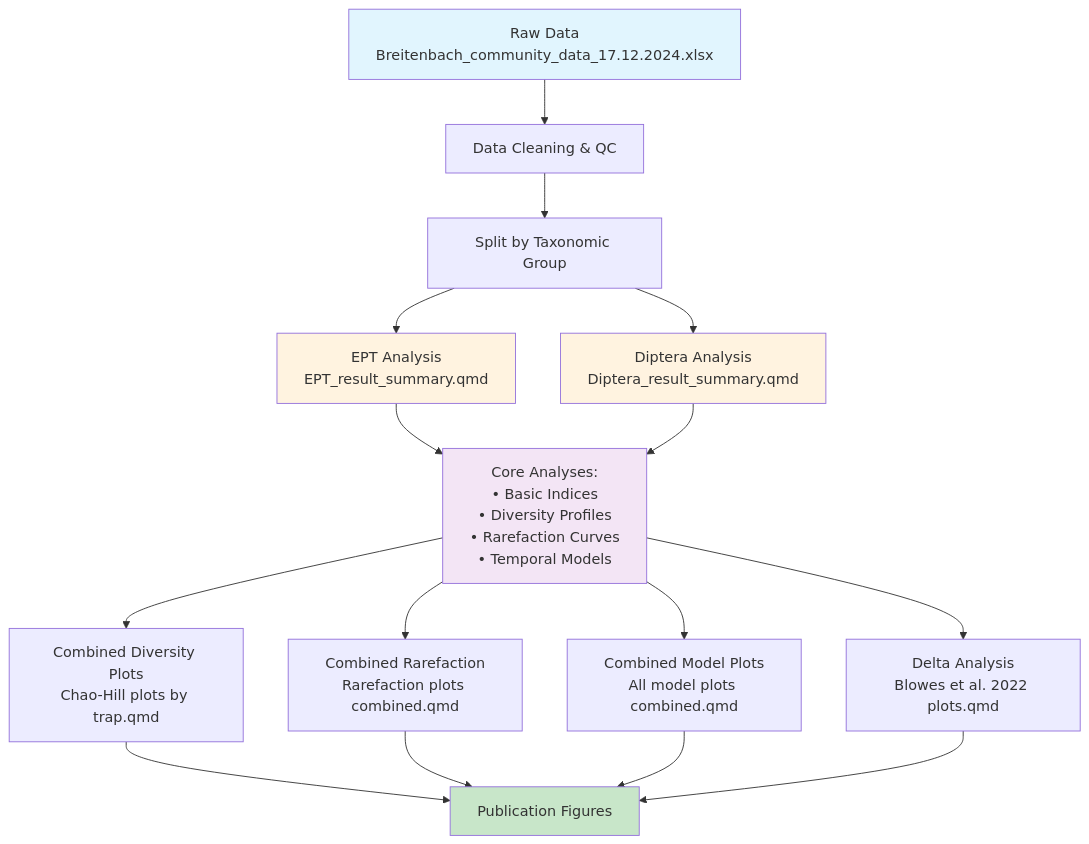
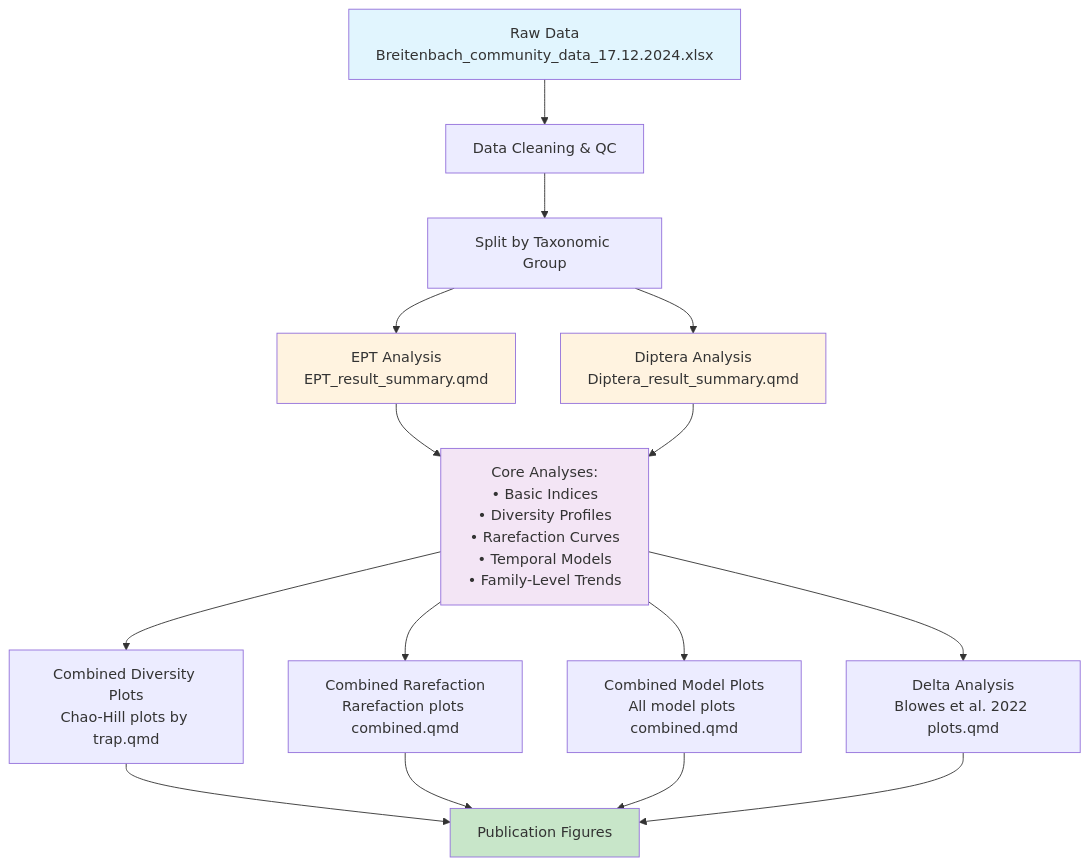
The diagram in README.md (HeeeyNathan/Breitenbach_2.0), drawn with Mermaid before and after one commit. The commit also changed other lines of this file and 1 other file, not shown here.

````diff
--- a/README.md
+++ b/README.md
@@ -341,26 +352,26 @@
 ```mermaid
 graph TD
     A[Raw Data<br/>Breitenbach_community_data_17.12.2024.xlsx] --> B[Data Cleaning & QC]
     B --> C[Split by Taxonomic Group]
     C --> D[EPT Analysis<br/>EPT_result_summary.qmd]
     C --> E[Diptera Analysis<br/>Diptera_result_summary.qmd]
     
-    D --> F[Core Analyses:<br/>• Basic Indices<br/>• Diversity Profiles<br/>• Rarefaction Curves<br/>• Temporal Models]
+    D --> F[Core Analyses:<br/>• Basic Indices<br/>• Diversity Profiles<br/>• Rarefaction Curves<br/>• Temporal Models<br/>• Family-Level Trends]
     E --> F
     
     F --> G[Combined Diversity Plots<br/>Chao-Hill plots by trap.qmd]
     F --> H[Combined Rarefaction<br/>Rarefaction plots combined.qmd]
     F --> I[Combined Model Plots<br/>All model plots combined.qmd]
     F --> J[Delta Analysis<br/>Blowes et al. 2022 plots.qmd]
     
     G --> K[Publication Figures]
     H --> K
     I --> K
     J --> K
     
     style A fill:#e1f5fe
     style K fill:#c8e6c9
     style D fill:#fff3e0
     style E fill:#fff3e0
     style F fill:#f3e5f5
 ```
````
